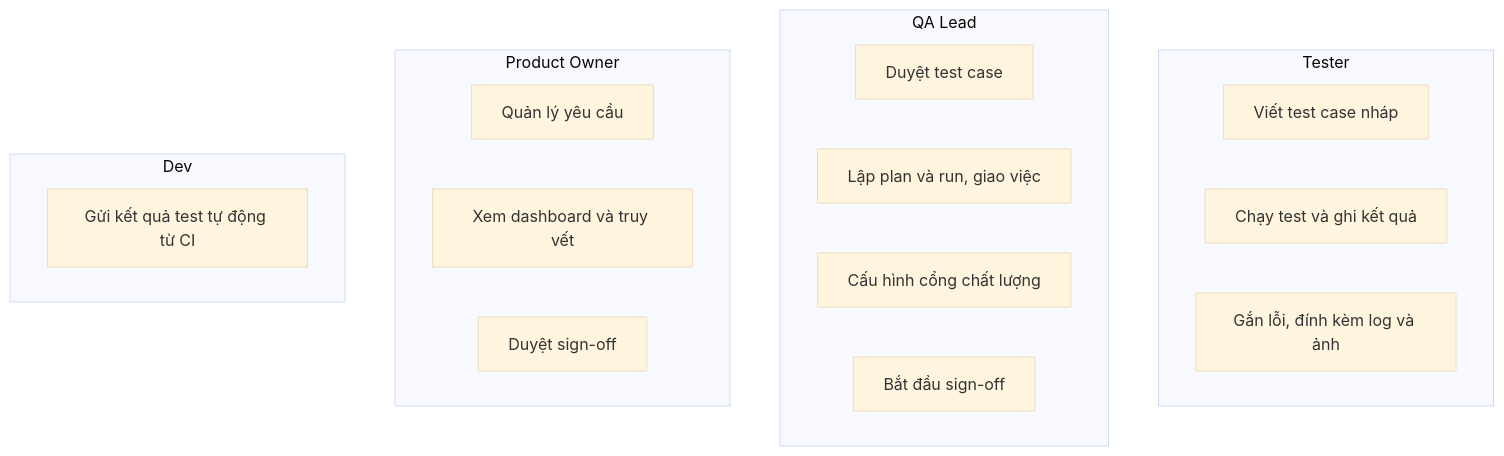
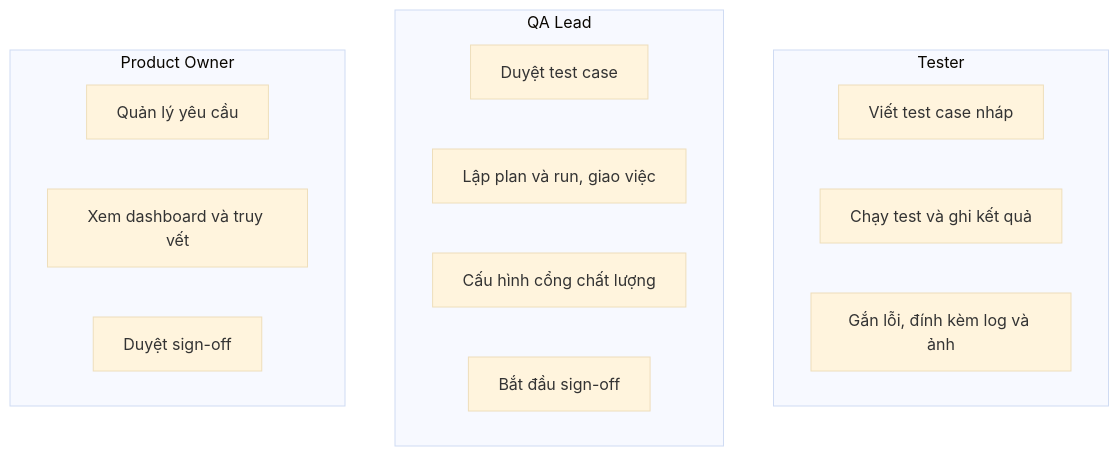
The third of 3 diagrams in docs/HUONG_DAN_SU_DUNG.md (Huyit2k5/testcase_manager), drawn with Mermaid (base theme) before and after one commit. The commit also changed other lines of this file and 24 other files, not shown here.

````diff
--- a/docs/HUONG_DAN_SU_DUNG.md
+++ b/docs/HUONG_DAN_SU_DUNG.md
@@ -71,22 +69,19 @@
 ```mermaid
 flowchart TB
     subgraph Tester
       T1[Viết test case nháp]
       T2[Chạy test và ghi kết quả]
       T3[Gắn lỗi, đính kèm log và ảnh]
     end
     subgraph QA Lead
       Q1[Duyệt test case]
       Q2[Lập plan và run, giao việc]
       Q3[Cấu hình cổng chất lượng]
       Q4[Bắt đầu sign-off]
     end
     subgraph Product Owner
       P1[Quản lý yêu cầu]
       P2[Xem dashboard và truy vết]
       P3[Duyệt sign-off]
     end
-    subgraph Dev
-      D1[Gửi kết quả test tự động từ CI]
-    end
 ```
````
